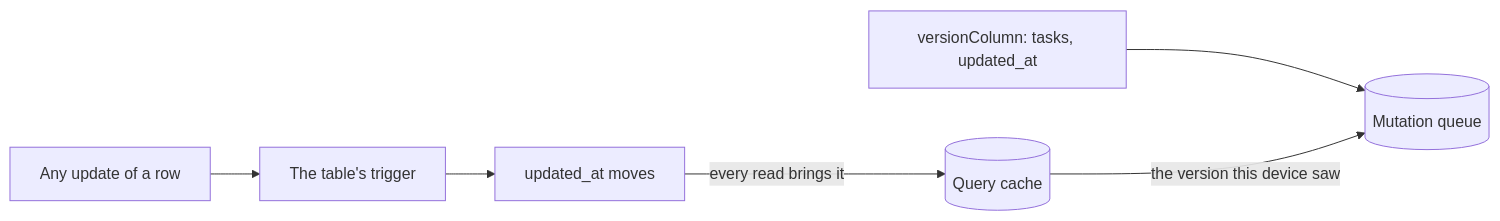
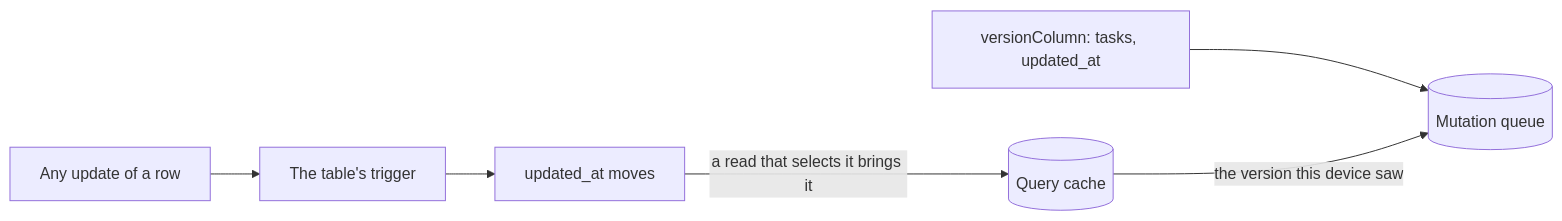
One commit to nesfeder/supabase-offline-kt changed the first of 8 diagrams in docs/behaviors/conflicts.md. Above: the diagram before and after it, drawn with Mermaid. The commit also changed other lines of this file and 11 other files, not shown here.

````diff
--- a/docs/behaviors/conflicts.md
+++ b/docs/behaviors/conflicts.md
@@ -18,8 +19,8 @@
 ```mermaid
 flowchart LR
     C["versionColumn: tasks, updated_at"] --> Q[("Mutation queue")]
     U["Any update of a row"] --> T["The table's trigger"]
     T --> V["updated_at moves"]
-    V -- "every read brings it" --> K[("Query cache")]
+    V -- "a read that selects it brings it" --> K[("Query cache")]
     K -- "the version this device saw" --> Q
 ```
````
